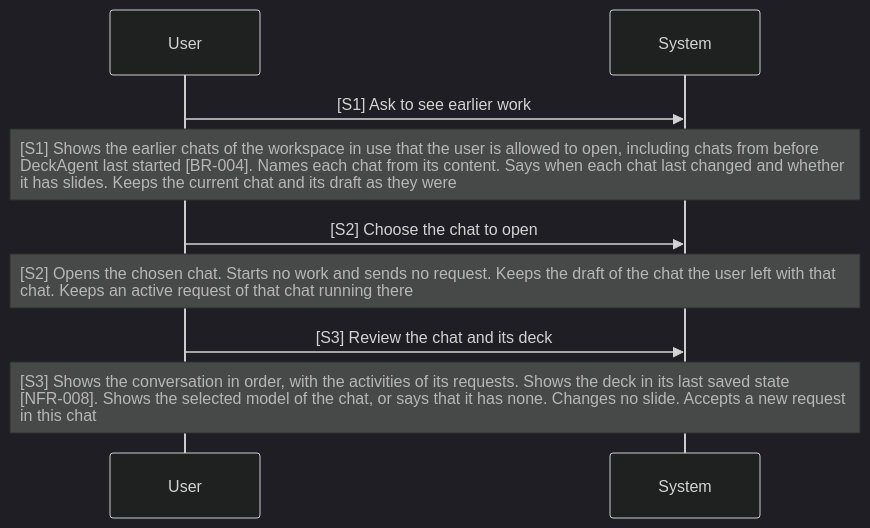
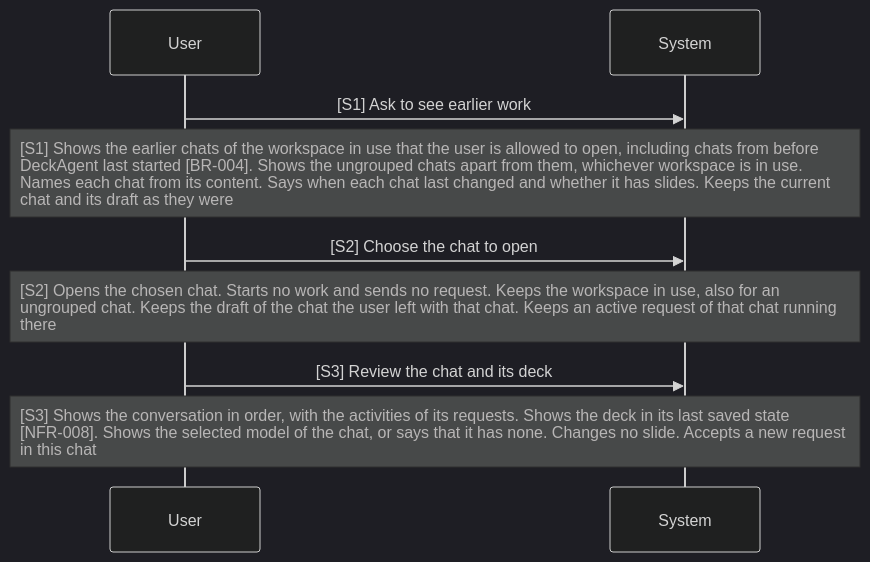
One commit to Luke23127006/DeckAgent changed the diagram in dev/mvp/spec/02-use-cases/UC-006.md. Above: the diagram before and after it, drawn with Mermaid (dark theme). The commit also changed other lines of this file and 16 other files, not shown here.

First line of the commit message:
docs(spec): name workspaces after their folder and keep removed chats ungrouped

````diff
--- a/dev/mvp/spec/02-use-cases/UC-006.md
+++ b/dev/mvp/spec/02-use-cases/UC-006.md
@@ -12,12 +12,12 @@
 ```mermaid
 %%{init: {"fontFamily": "inherit", "sequence": {"wrap": true, "actorMargin": 350, "messageFontSize": 14, "noteFontSize": 14, "actorFontSize": 14, "noteAlign": "left"}}}%%
 sequenceDiagram
   participant U as User
   participant S as System
   U->>S: [S1] Ask to see earlier work
-  Note over U,S: [S1] Shows the earlier chats of the workspace in use that the user is allowed to open, including chats from before DeckAgent last started [BR-004]. Names each chat from its content. Says when each chat last changed and whether it has slides. Keeps the current chat and its draft as they were
+  Note over U,S: [S1] Shows the earlier chats of the workspace in use that the user is allowed to open, including chats from before DeckAgent last started [BR-004]. Shows the ungrouped chats apart from them, whichever workspace is in use. Names each chat from its content. Says when each chat last changed and whether it has slides. Keeps the current chat and its draft as they were
   U->>S: [S2] Choose the chat to open
-  Note over U,S: [S2] Opens the chosen chat. Starts no work and sends no request. Keeps the draft of the chat the user left with that chat. Keeps an active request of that chat running there
+  Note over U,S: [S2] Opens the chosen chat. Starts no work and sends no request. Keeps the workspace in use, also for an ungrouped chat. Keeps the draft of the chat the user left with that chat. Keeps an active request of that chat running there
   U->>S: [S3] Review the chat and its deck
   Note over U,S: [S3] Shows the conversation in order, with the activities of its requests. Shows the deck in its last saved state [NFR-008]. Shows the selected model of the chat, or says that it has none. Changes no slide. Accepts a new request in this chat
 ```
````
